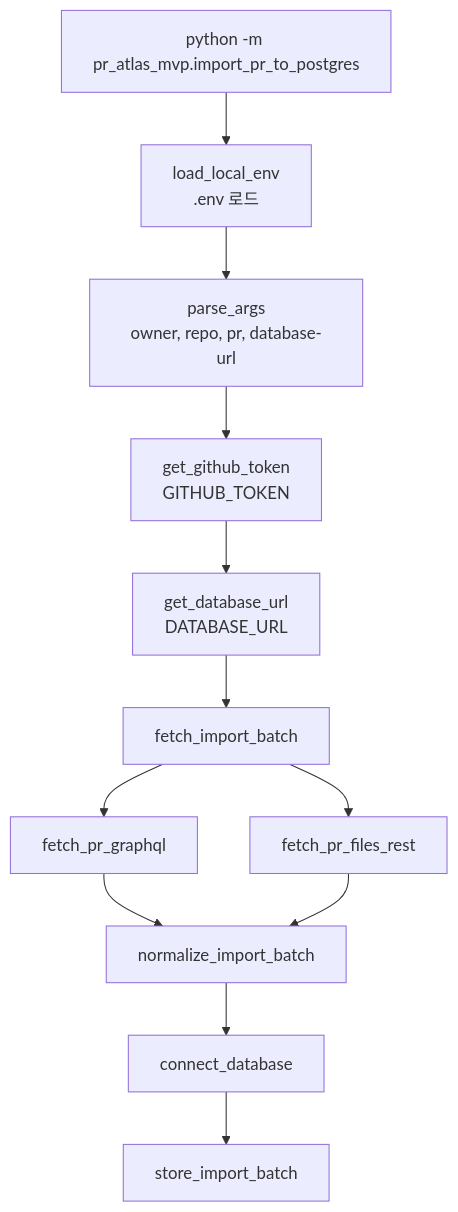
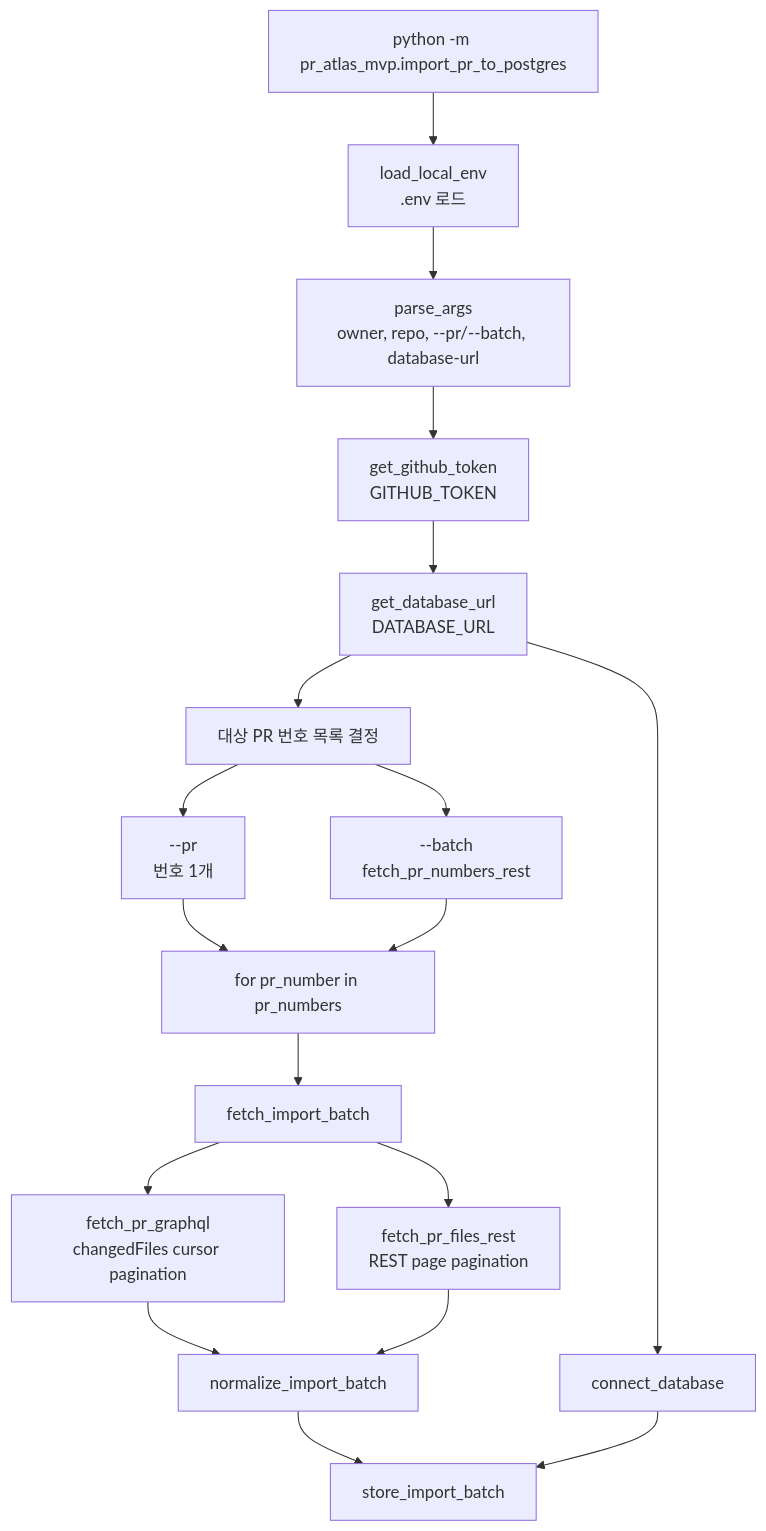
One commit to KFJG-Team1/rag-board changed the third of 13 diagrams in pr_atlas_mvp/lesson/TOP_DOWN_POSTGRES_IMPORT.md. Above: the diagram before and after it, drawn with Mermaid. The commit also changed other lines of this file and 2 other files, not shown here.

Commit message:
chore: 기획서 및 학습서 수정, fetch_pr_graphql 함수 추가

````diff
--- a/pr_atlas_mvp/lesson/TOP_DOWN_POSTGRES_IMPORT.md
+++ b/pr_atlas_mvp/lesson/TOP_DOWN_POSTGRES_IMPORT.md
@@ -130,24 +132,32 @@
 ```mermaid
 flowchart TD
     CLI["python -m pr_atlas_mvp.import_pr_to_postgres"]
     ENV["load_local_env<br/>.env 로드"]
-    ARGS["parse_args<br/>owner, repo, pr, database-url"]
+    ARGS["parse_args<br/>owner, repo, --pr/--batch, database-url"]
     TOKEN["get_github_token<br/>GITHUB_TOKEN"]
     DBURL["get_database_url<br/>DATABASE_URL"]
+    TARGETS["대상 PR 번호 목록 결정"]
+    ONE["--pr<br/>번호 1개"]
+    MANY["--batch<br/>fetch_pr_numbers_rest"]
+    LOOP["for pr_number in pr_numbers"]
 
     FETCH["fetch_import_batch"]
-    GQL["fetch_pr_graphql"]
-    REST["fetch_pr_files_rest"]
+    GQL["fetch_pr_graphql<br/>changedFiles cursor pagination"]
+    REST["fetch_pr_files_rest<br/>REST page pagination"]
     NORMALIZE["normalize_import_batch"]
     CONNECT["connect_database"]
     SAVE["store_import_batch"]
 
     CLI --> ENV --> ARGS --> TOKEN --> DBURL
-    DBURL --> FETCH
+    DBURL --> CONNECT
+    DBURL --> TARGETS
+    TARGETS --> ONE --> LOOP
+    TARGETS --> MANY --> LOOP
+    LOOP --> FETCH
     FETCH --> GQL
     FETCH --> REST
     GQL --> NORMALIZE
     REST --> NORMALIZE
-    NORMALIZE --> CONNECT
+    NORMALIZE --> SAVE
     CONNECT --> SAVE
 ```
````
